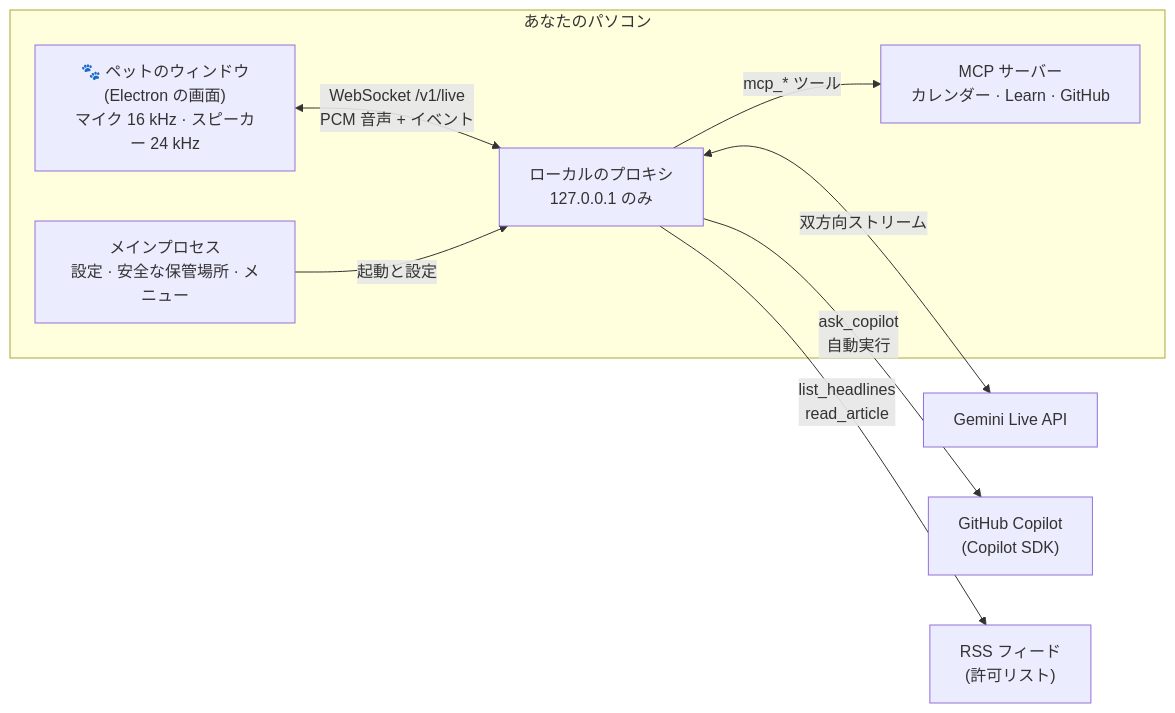
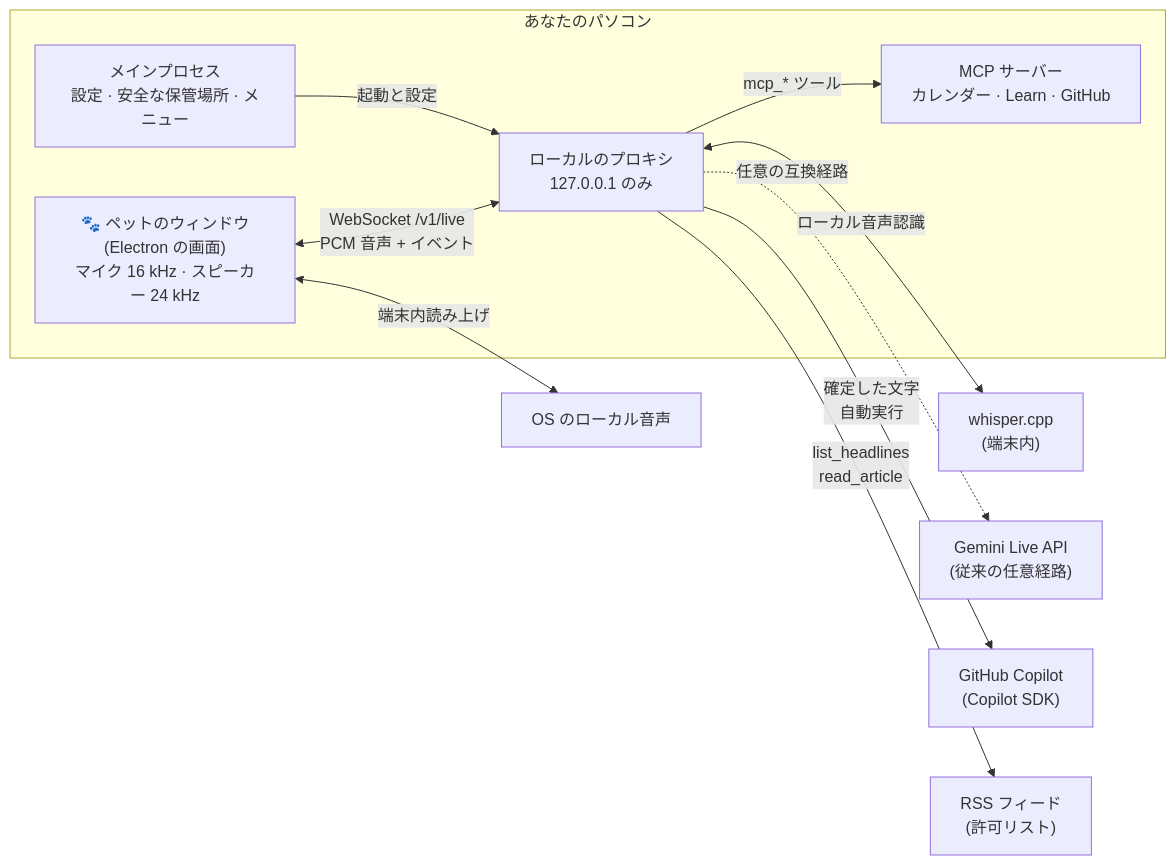
Before and after one commit to himiyosh/tonarin: the diagram in README.ja.md, drawn with Mermaid. The commit also changed other lines of this file and 17 other files, not shown here.

Commit message:
feat: add local Copilot voice path

````diff
--- a/README.ja.md
+++ b/README.ja.md
@@ -138,19 +139,23 @@
 ```mermaid
 flowchart LR
   subgraph Computer["あなたのパソコン"]
     Pet["🐾 ペットのウィンドウ<br/>(Electron の画面)<br/>マイク 16 kHz · スピーカー 24 kHz"]
     Main["メインプロセス<br/>設定 · 安全な保管場所 · メニュー"]
     Proxy["ローカルのプロキシ<br/>127.0.0.1 のみ"]
     MCP["MCP サーバー<br/>カレンダー · Learn · GitHub"]
   end
-  Gemini["Gemini Live API"]
+  ASR["whisper.cpp<br/>(端末内)"]
+  Voice["OS のローカル音声"]
+  Gemini["Gemini Live API<br/>(従来の任意経路)"]
   Copilot["GitHub Copilot<br/>(Copilot SDK)"]
   Feeds["RSS フィード<br/>(許可リスト)"]
 
   Pet <-- "WebSocket /v1/live<br/>PCM 音声 + イベント" --> Proxy
   Main -- "起動と設定" --> Proxy
-  Proxy <-- "双方向ストリーム" --> Gemini
-  Proxy -- "ask_copilot<br/>自動実行" --> Copilot
+  Proxy <-- "ローカル音声認識" --> ASR
+  Pet <-- "端末内読み上げ" --> Voice
+  Proxy -- "確定した文字<br/>自動実行" --> Copilot
+  Proxy -. "任意の互換経路" .-> Gemini
   Proxy -- "list_headlines<br/>read_article" --> Feeds
   Proxy -- "mcp_* ツール" --> MCP
 ```
````
